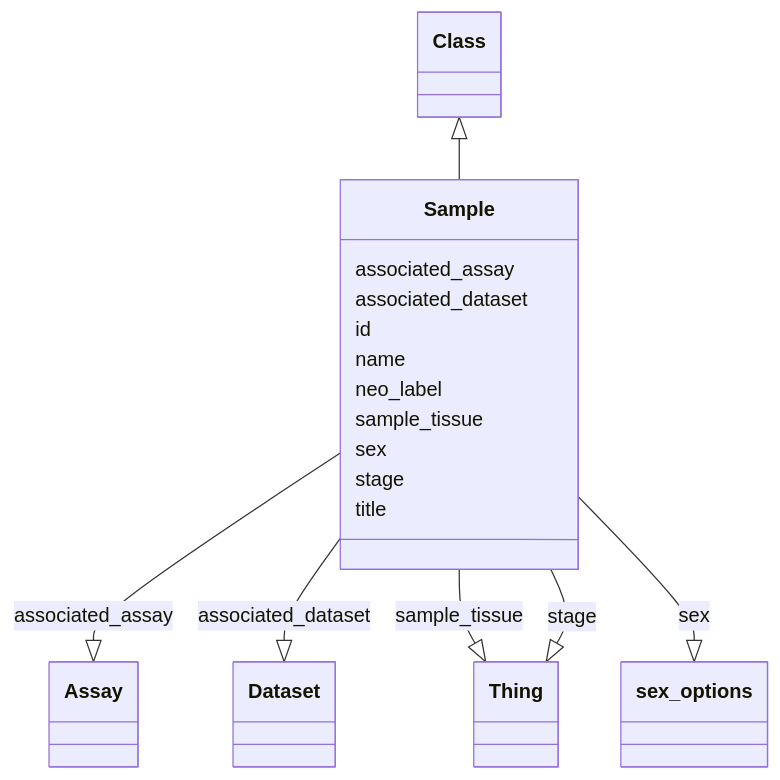
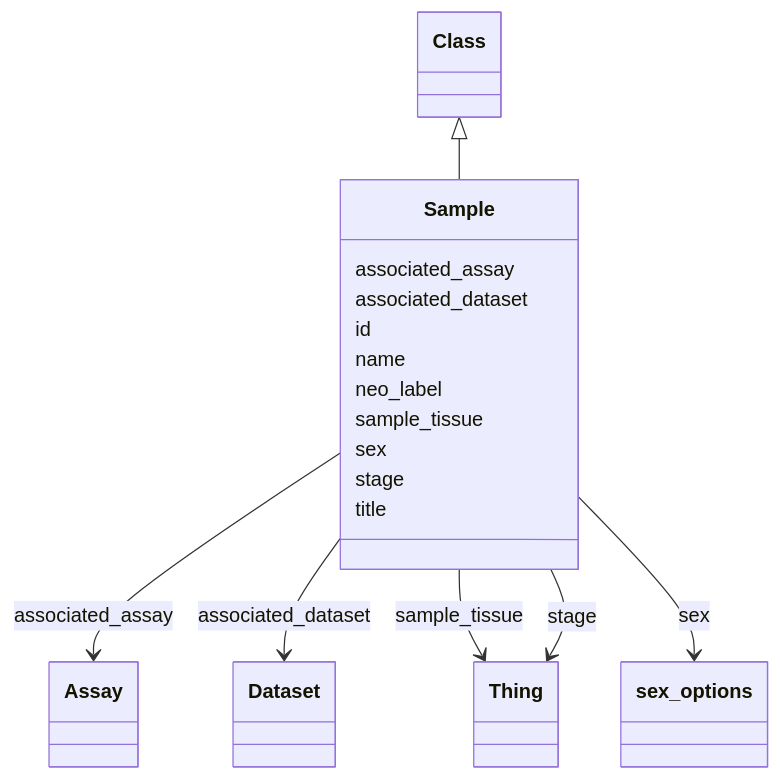
The diagram in docs/Sample.md (VirtualFlyBrain/vfb-scRNAseq-ontology), drawn with Mermaid before and after one commit. The commit also changed other lines of this file and 31 other files, not shown here.

````diff
--- a/docs/Sample.md
+++ b/docs/Sample.md
@@ -10,35 +10,35 @@
 ```mermaid
  classDiagram
     class Sample
       Class <|-- Sample
       
       Sample : associated_assay
         
-          Sample --|> Assay : associated_assay
+          Sample --> Assay : associated_assay
         
       Sample : associated_dataset
         
-          Sample --|> Dataset : associated_dataset
+          Sample --> Dataset : associated_dataset
         
       Sample : id
         
       Sample : name
         
       Sample : neo_label
         
       Sample : sample_tissue
         
-          Sample --|> Thing : sample_tissue
+          Sample --> Thing : sample_tissue
         
       Sample : sex
         
-          Sample --|> sex_options : sex
+          Sample --> sex_options : sex
         
       Sample : stage
         
-          Sample --|> Thing : stage
+          Sample --> Thing : stage
         
       Sample : title
         
       
 ```
````
